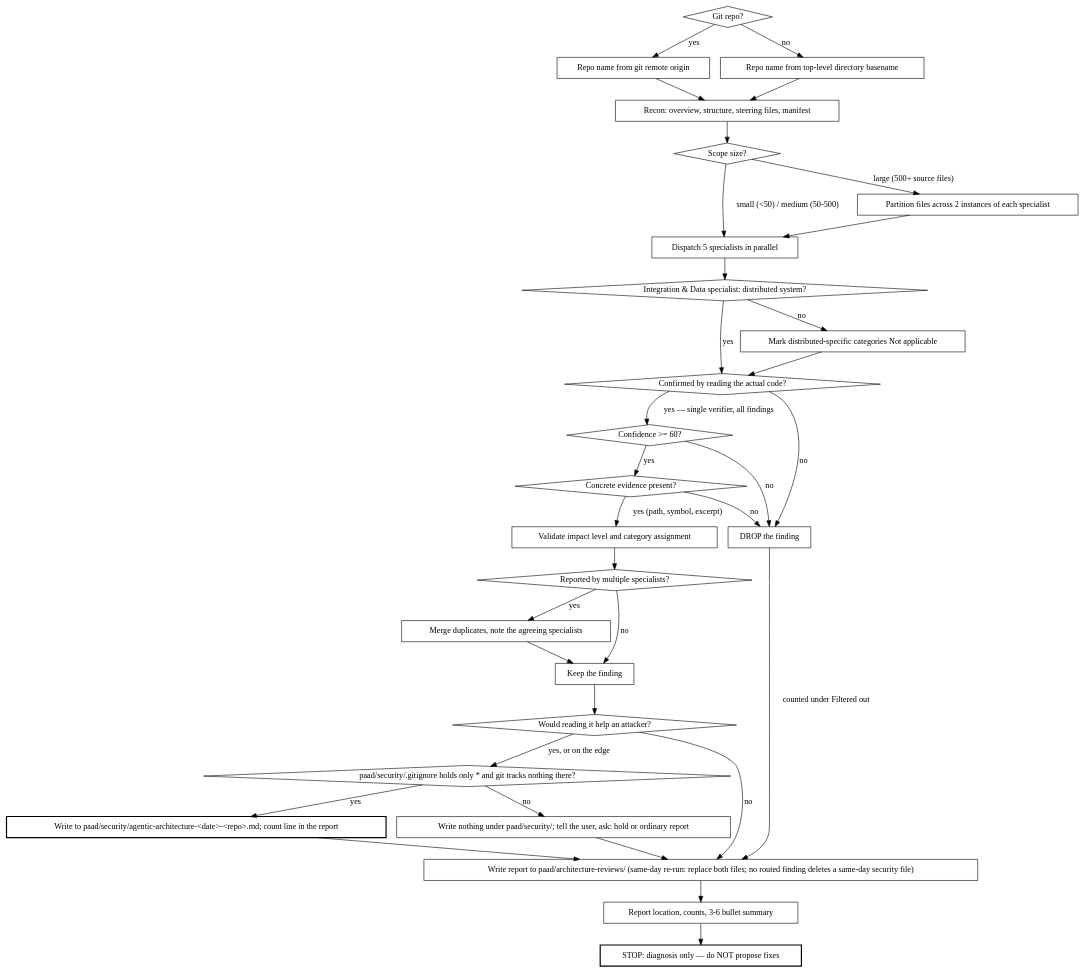
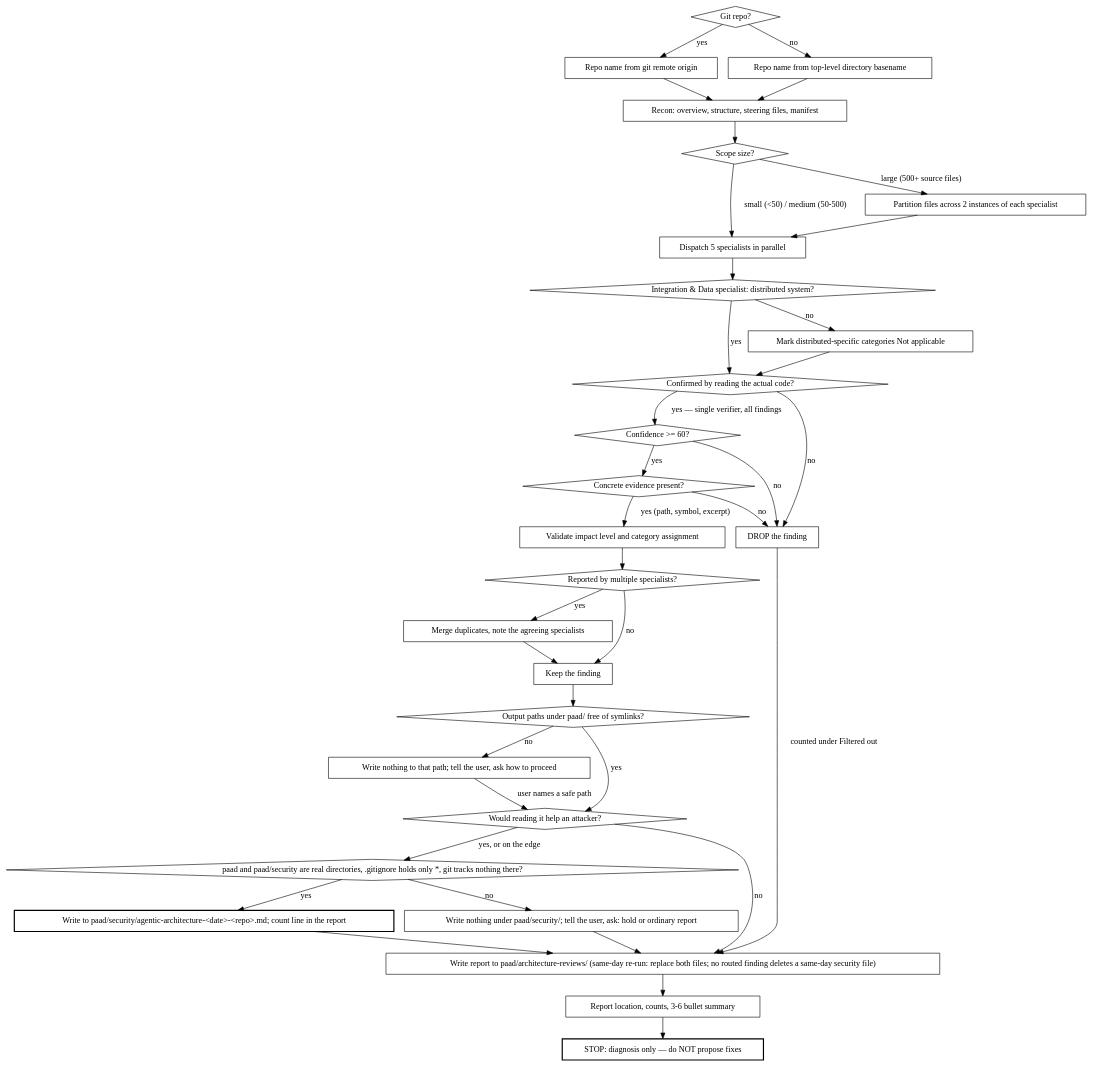
One commit to Ovid/paad changed the second of 2 diagrams in preview/paad/skills/agentic-architecture/SKILL.md. Above: the diagram before and after it, drawn with Graphviz. The commit also changed other lines of this file and 12 other files, not shown here.

````diff
--- a/preview/paad/skills/agentic-architecture/SKILL.md
+++ b/preview/paad/skills/agentic-architecture/SKILL.md
@@ -37,65 +39,70 @@
 ```dot
 digraph analysis_flow {
   "Git repo?" [shape=diamond];
   "Scope size?" [shape=diamond];
   "Integration & Data specialist: distributed system?" [shape=diamond];
   "Confirmed by reading the actual code?" [shape=diamond];
   "Confidence >= 60?" [shape=diamond];
   "Concrete evidence present?" [shape=diamond];
   "Reported by multiple specialists?" [shape=diamond];
 
   "Repo name from git remote origin" [shape=box];
   "Repo name from top-level directory basename" [shape=box];
   "Recon: overview, structure, steering files, manifest" [shape=box];
   "Dispatch 5 specialists in parallel" [shape=box];
   "Partition files across 2 instances of each specialist" [shape=box];
   "Mark distributed-specific categories Not applicable" [shape=box];
   "Validate impact level and category assignment" [shape=box];
   "Merge duplicates, note the agreeing specialists" [shape=box];
   "DROP the finding" [shape=box];
   "Keep the finding" [shape=box];
+  "Output paths under paad/ free of symlinks?" [shape=diamond];
+  "Write nothing to that path; tell the user, ask how to proceed" [shape=box];
   "Would reading it help an attacker?" [shape=diamond];
   "Write to paad/security/agentic-architecture-<date>-<repo>.md; count line in the report" [shape=box, style=bold];
-  "paad/security/.gitignore holds only * and git tracks nothing there?" [shape=diamond];
+  "paad and paad/security are real directories, .gitignore holds only *, git tracks nothing there?" [shape=diamond];
   "Write nothing under paad/security/; tell the user, ask: hold or ordinary report" [shape=box];
   "Write report to paad/architecture-reviews/ (same-day re-run: replace both files; no routed finding deletes a same-day security file)" [shape=box];
   "Report location, counts, 3-6 bullet summary" [shape=box];
   "STOP: diagnosis only — do NOT propose fixes" [shape=box, style=bold];
 
   "Git repo?" -> "Repo name from git remote origin" [label="yes"];
   "Git repo?" -> "Repo name from top-level directory basename" [label="no"];
   "Repo name from git remote origin" -> "Recon: overview, structure, steering files, manifest";
   "Repo name from top-level directory basename" -> "Recon: overview, structure, steering files, manifest";
   "Recon: overview, structure, steering files, manifest" -> "Scope size?";
 
   "Scope size?" -> "Dispatch 5 specialists in parallel" [label="small (<50) / medium (50-500)"];
   "Scope size?" -> "Partition files across 2 instances of each specialist" [label="large (500+ source files)"];
   "Partition files across 2 instances of each specialist" -> "Dispatch 5 specialists in parallel";
   "Dispatch 5 specialists in parallel" -> "Integration & Data specialist: distributed system?";
   "Integration & Data specialist: distributed system?" -> "Confirmed by reading the actual code?" [label="yes"];
   "Integration & Data specialist: distributed system?" -> "Mark distributed-specific categories Not applicable" [label="no"];
   "Mark distributed-specific categories Not applicable" -> "Confirmed by reading the actual code?";
 
   "Confirmed by reading the actual code?" -> "Confidence >= 60?" [label="yes — single verifier, all findings"];
   "Confirmed by reading the actual code?" -> "DROP the finding" [label="no"];
   "Confidence >= 60?" -> "Concrete evidence present?" [label="yes"];
   "Confidence >= 60?" -> "DROP the finding" [label="no"];
   "Concrete evidence present?" -> "Validate impact level and category assignment" [label="yes (path, symbol, excerpt)"];
   "Concrete evidence present?" -> "DROP the finding" [label="no"];
   "Validate impact level and category assignment" -> "Reported by multiple specialists?";
   "Reported by multiple specialists?" -> "Merge duplicates, note the agreeing specialists" [label="yes"];
   "Reported by multiple specialists?" -> "Keep the finding" [label="no"];
   "Merge duplicates, note the agreeing specialists" -> "Keep the finding";
 
-  "Keep the finding" -> "Would reading it help an attacker?";
-  "Would reading it help an attacker?" -> "paad/security/.gitignore holds only * and git tracks nothing there?" [label="yes, or on the edge"];
+  "Keep the finding" -> "Output paths under paad/ free of symlinks?";
+  "Would reading it help an attacker?" -> "paad and paad/security are real directories, .gitignore holds only *, git tracks nothing there?" [label="yes, or on the edge"];
   "Would reading it help an attacker?" -> "Write report to paad/architecture-reviews/ (same-day re-run: replace both files; no routed finding deletes a same-day security file)" [label="no"];
   "Write to paad/security/agentic-architecture-<date>-<repo>.md; count line in the report" -> "Write report to paad/architecture-reviews/ (same-day re-run: replace both files; no routed finding deletes a same-day security file)";
-  "paad/security/.gitignore holds only * and git tracks nothing there?" -> "Write to paad/security/agentic-architecture-<date>-<repo>.md; count line in the report" [label="yes"];
-  "paad/security/.gitignore holds only * and git tracks nothing there?" -> "Write nothing under paad/security/; tell the user, ask: hold or ordinary report" [label="no"];
+  "paad and paad/security are real directories, .gitignore holds only *, git tracks nothing there?" -> "Write to paad/security/agentic-architecture-<date>-<repo>.md; count line in the report" [label="yes"];
+  "paad and paad/security are real directories, .gitignore holds only *, git tracks nothing there?" -> "Write nothing under paad/security/; tell the user, ask: hold or ordinary report" [label="no"];
   "Write nothing under paad/security/; tell the user, ask: hold or ordinary report" -> "Write report to paad/architecture-reviews/ (same-day re-run: replace both files; no routed finding deletes a same-day security file)";
   "DROP the finding" -> "Write report to paad/architecture-reviews/ (same-day re-run: replace both files; no routed finding deletes a same-day security file)" [label="counted under Filtered out"];
   "Write report to paad/architecture-reviews/ (same-day re-run: replace both files; no routed finding deletes a same-day security file)" -> "Report location, counts, 3-6 bullet summary";
   "Report location, counts, 3-6 bullet summary" -> "STOP: diagnosis only — do NOT propose fixes";
+  "Output paths under paad/ free of symlinks?" -> "Would reading it help an attacker?" [label="yes"];
+  "Output paths under paad/ free of symlinks?" -> "Write nothing to that path; tell the user, ask how to proceed" [label="no"];
+  "Write nothing to that path; tell the user, ask how to proceed" -> "Would reading it help an attacker?" [label="user names a safe path"];
 }
 ```
````
